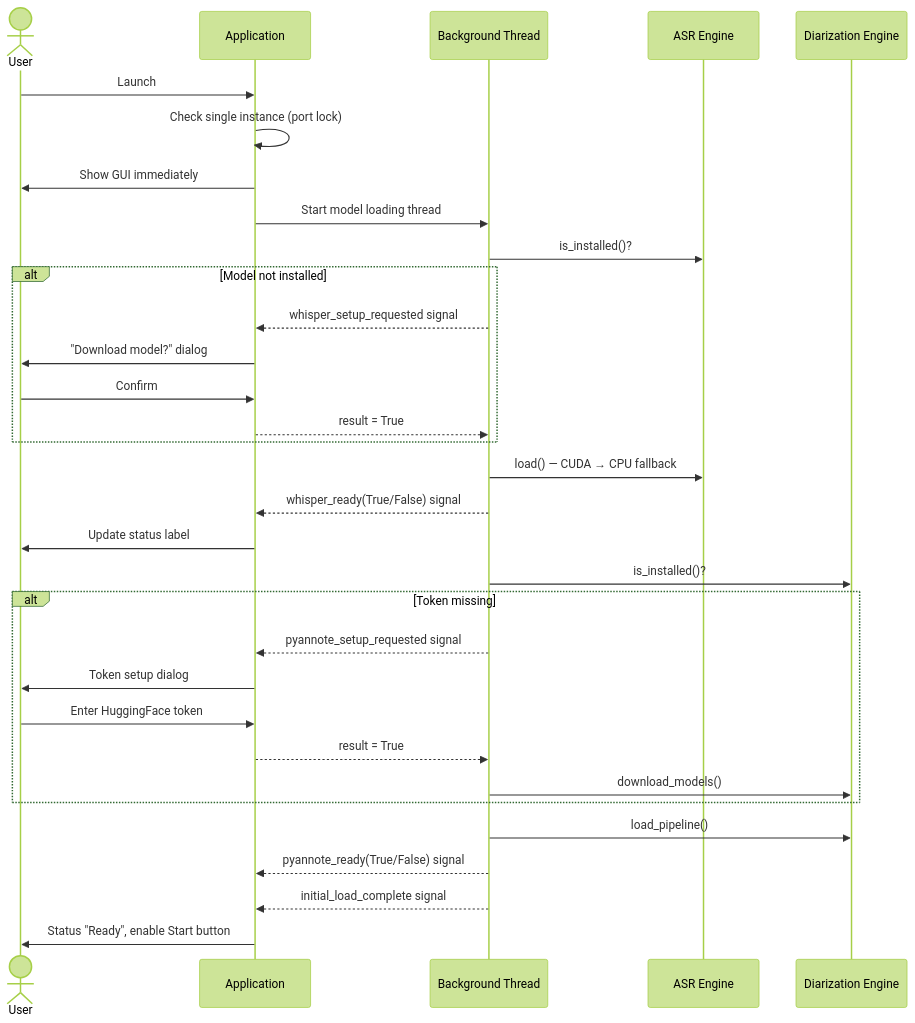
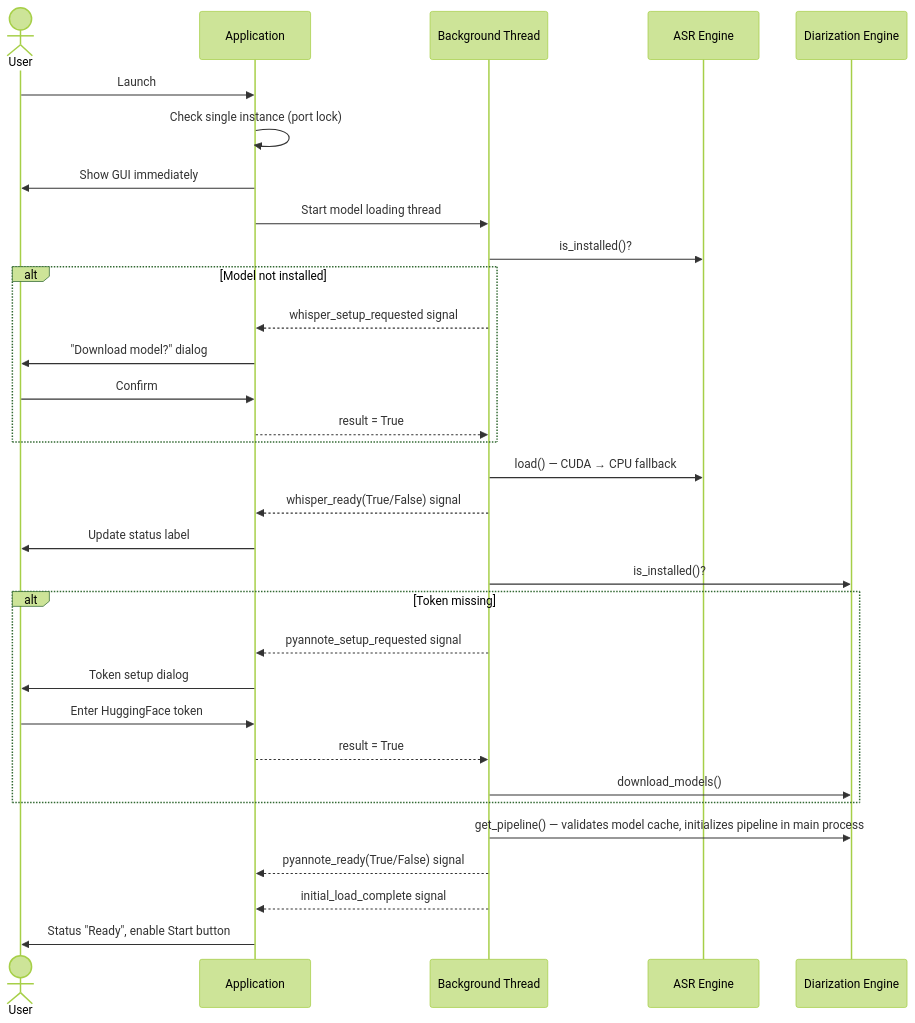
Before and after one commit to edoardomazzella/meeting-transcriber: the second of 10 diagrams in docs/ARCHITECTURE.md, drawn with Mermaid (forest theme). The commit also changed other lines of this file and 5 other files, not shown here.

````diff
--- a/docs/ARCHITECTURE.md
+++ b/docs/ARCHITECTURE.md
@@ -113,39 +112,39 @@
 ```mermaid
 sequenceDiagram
     actor User
     participant App as Application
     participant BG as Background Thread
     participant ASR as ASR Engine
     participant Dia as Diarization Engine
 
     User->>App: Launch
     App->>App: Check single instance (port lock)
     App->>User: Show GUI immediately
     App->>BG: Start model loading thread
 
     BG->>ASR: is_installed()?
     alt Model not installed
         BG-->>App: whisper_setup_requested signal
         App->>User: "Download model?" dialog
         User->>App: Confirm
         App-->>BG: result = True
     end
 
     BG->>ASR: load() — CUDA → CPU fallback
     BG-->>App: whisper_ready(True/False) signal
     App->>User: Update status label
 
     BG->>Dia: is_installed()?
     alt Token missing
         BG-->>App: pyannote_setup_requested signal
         App->>User: Token setup dialog
         User->>App: Enter HuggingFace token
         App-->>BG: result = True
         BG->>Dia: download_models()
     end
 
-    BG->>Dia: load_pipeline()
+    BG->>Dia: get_pipeline() — validates model cache, initializes pipeline in main process
     BG-->>App: pyannote_ready(True/False) signal
     BG-->>App: initial_load_complete signal
     App->>User: Status "Ready", enable Start button
 ```
````
